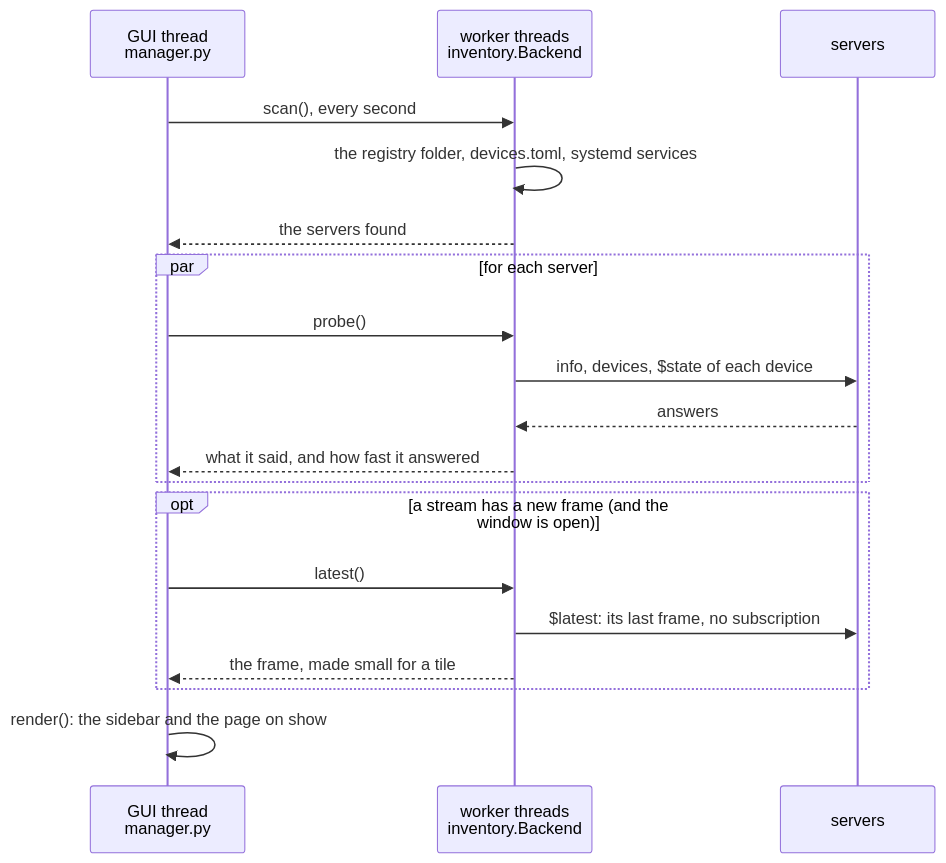
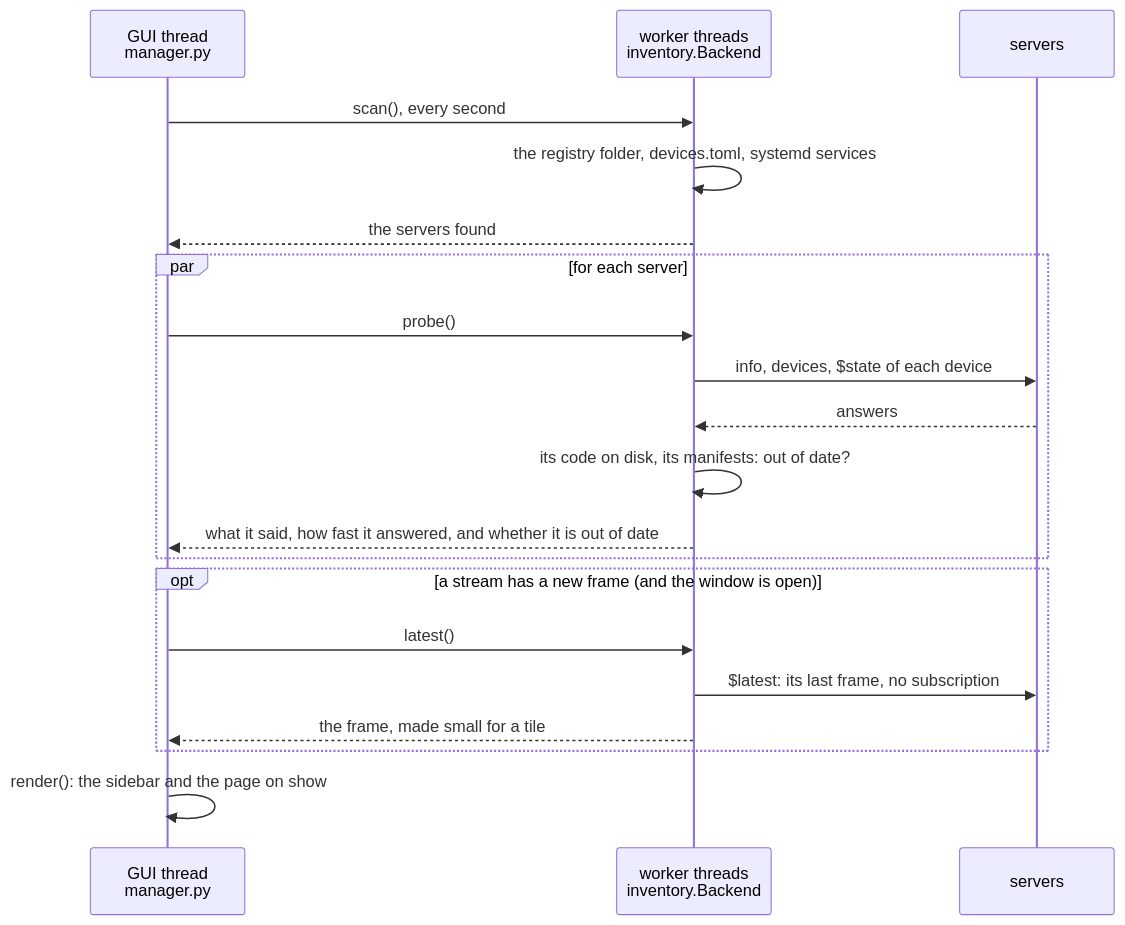
Before and after one commit to tim4431/insthub: the sixth of 6 diagrams in docs/architecture.md, drawn with Mermaid. The commit also changed other lines of this file and 15 other files, not shown here.

First line of the commit message:
Say when a running server runs older code than is on disk

````diff
--- a/docs/architecture.md
+++ b/docs/architecture.md
@@ -407,21 +417,22 @@
 ```mermaid
 sequenceDiagram
     participant G as GUI thread<br/>manager.py
     participant W as worker threads<br/>inventory.Backend
     participant S as servers
     G->>W: scan(), every second
     W->>W: the registry folder, devices.toml, systemd services
     W-->>G: the servers found
     par for each server
         G->>W: probe()
         W->>S: info, devices, $state of each device
         S-->>W: answers
-        W-->>G: what it said, and how fast it answered
+        W->>W: its code on disk, its manifests: out of date?
+        W-->>G: what it said, how fast it answered, and whether it is out of date
     end
     opt a stream has a new frame (and the window is open)
         G->>W: latest()
         W->>S: $latest: its last frame, no subscription
         W-->>G: the frame, made small for a tile
     end
     G->>G: render(): the sidebar and the page on show
 ```
````
